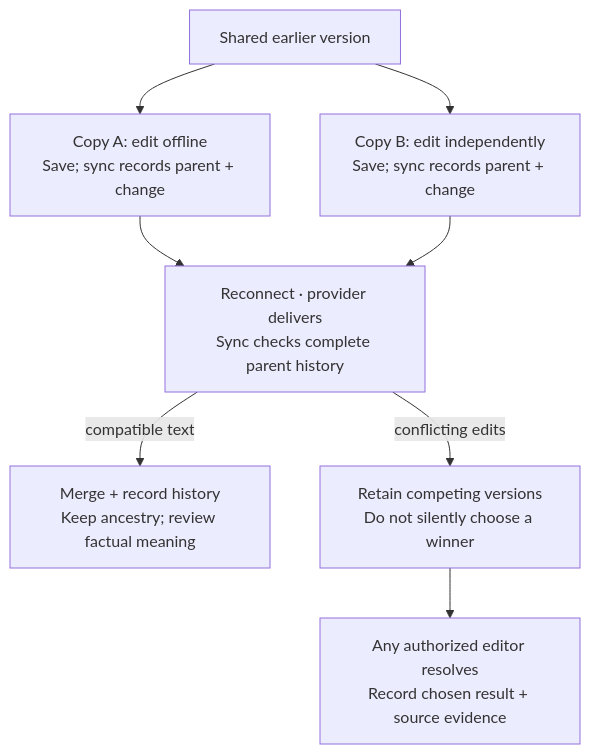
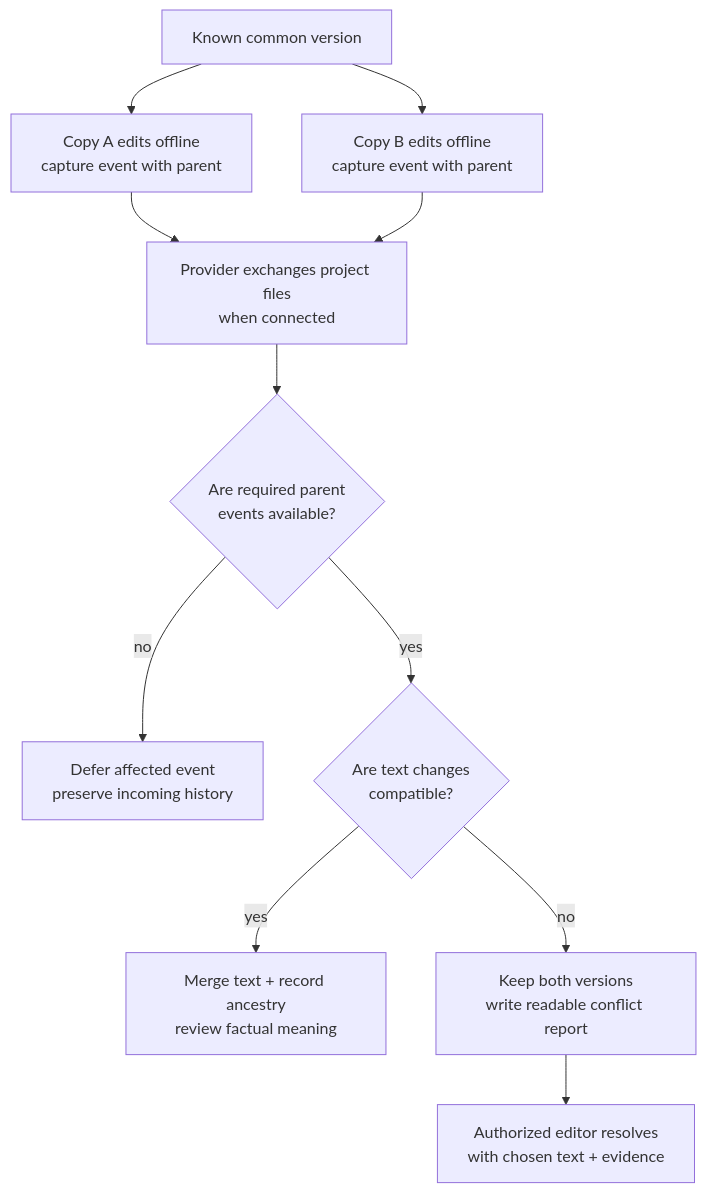
One commit to Kian-hdr/isolinear-memory changed the fourth of 5 diagrams in README.md. Above: the diagram before and after it, drawn with Mermaid. The commit also changed other lines of this file and 12 other files, not shown here.

First line of the commit message:
Refresh Isolinear Memory README and system diagrams

````diff
--- a/README.md
+++ b/README.md
@@ -134,12 +189,15 @@
 ```mermaid
 flowchart TB
-  accTitle: Offline branches retain their causal history
-  accDescr: Two edits descend from a common version. On reconnect, complete history supports a compatible merge or a retained conflict. Any authorized editor can resolve with evidence. A clean text merge does not establish factual truth.
-  B["Shared earlier version"] --> A["Copy A: edit offline<br/>Save; sync records parent + change"]
-  B --> C["Copy B: edit independently<br/>Save; sync records parent + change"]
-  A --> J["Reconnect · provider delivers<br/>Sync checks complete parent history"]
-  C --> J
-  J -->|"compatible text"| M["Merge + record history<br/>Keep ancestry; review factual meaning"]
-  J -->|"conflicting edits"| K["Retain competing versions<br/>Do not silently choose a winner"]
-  K --> R["Any authorized editor resolves<br/>Record chosen result + source evidence"]
+  accTitle: Offline edits keep ancestry and visible conflicts
+  accDescr: Two offline copies can edit from the same base. Complete parent events permit compatible text to merge. Missing parents defer reconciliation, while overlapping edits keep both versions for evidence-backed resolution. No timestamp selects a winner.
+  B["Known common version"] --> A["Copy A edits offline<br/>capture event with parent"]
+  B --> C["Copy B edits offline<br/>capture event with parent"]
+  A --> P["Provider exchanges project files<br/>when connected"]
+  C --> P
+  P --> H{"Are required parent<br/>events available?"}
+  H -->|"no"| D["Defer affected event<br/>preserve incoming history"]
+  H -->|"yes"| T{"Are text changes<br/>compatible?"}
+  T -->|"yes"| M["Merge text + record ancestry<br/>review factual meaning"]
+  T -->|"no"| K["Keep both versions<br/>write readable conflict report"]
+  K --> R["Authorized editor resolves<br/>with chosen text + evidence"]
 ```
````
